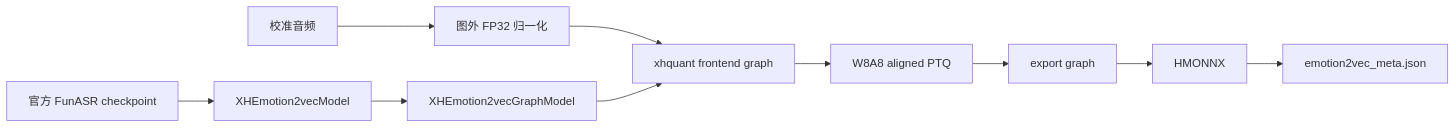
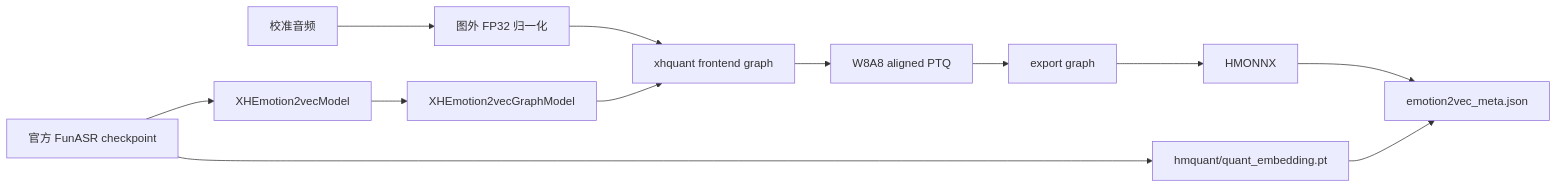
The first of 2 diagrams in xhmodel_merak/xh_llm/models/emotion2vec/README.md (houmo-ai/houmo-xh2modelzoo), drawn with Mermaid before and after one commit. The commit also changed other lines of this file and 17 other files, not shown here.

First line of the commit message:
feat(model/emotion2vec): [Refs: HMSW-4377] complete emotion recognition

````diff
--- a/xhmodel_merak/xh_llm/models/emotion2vec/README.md
+++ b/xhmodel_merak/xh_llm/models/emotion2vec/README.md
@@ -204,12 +209,14 @@
 ```mermaid
 flowchart LR
     A[官方 FunASR checkpoint] --> B[XHEmotion2vecModel]
     B --> C[XHEmotion2vecGraphModel]
     D[校准音频] --> E[图外 FP32 归一化]
     E --> F[xhquant frontend graph]
     C --> F
     F --> G[W8A8 aligned PTQ]
     G --> H[export graph]
     H --> I[HMONNX]
-    I --> J[emotion2vec_meta.json]
+    A --> J[hmquant/quant_embedding.pt]
+    I --> K[emotion2vec_meta.json]
+    J --> K
 ```
````
